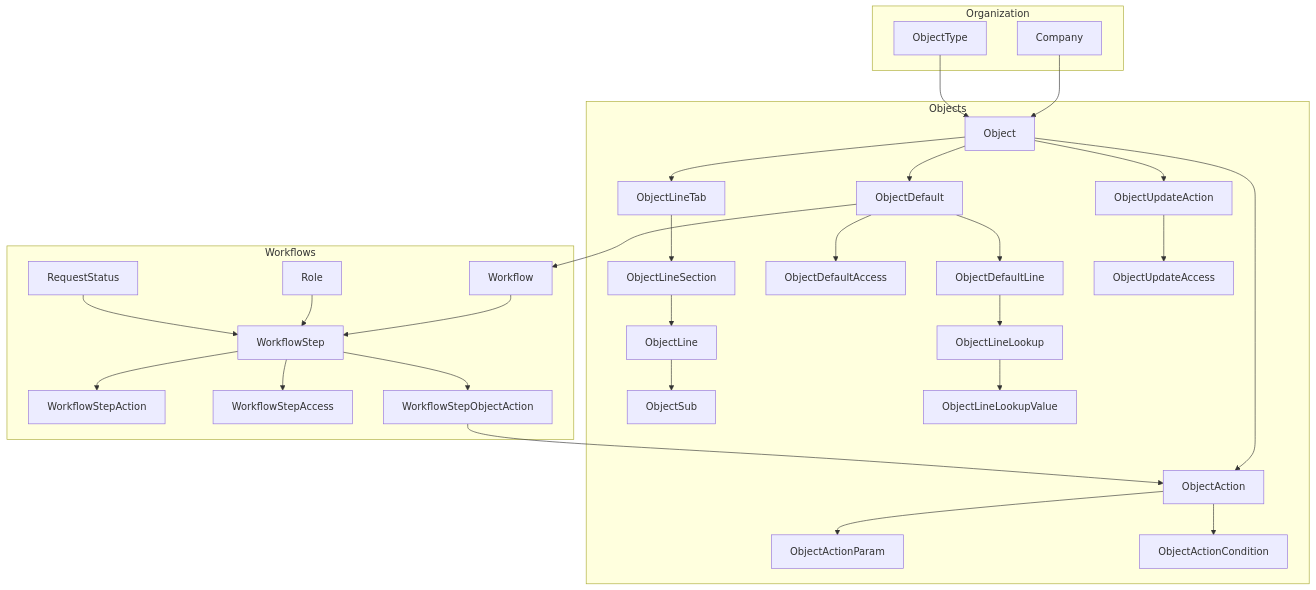
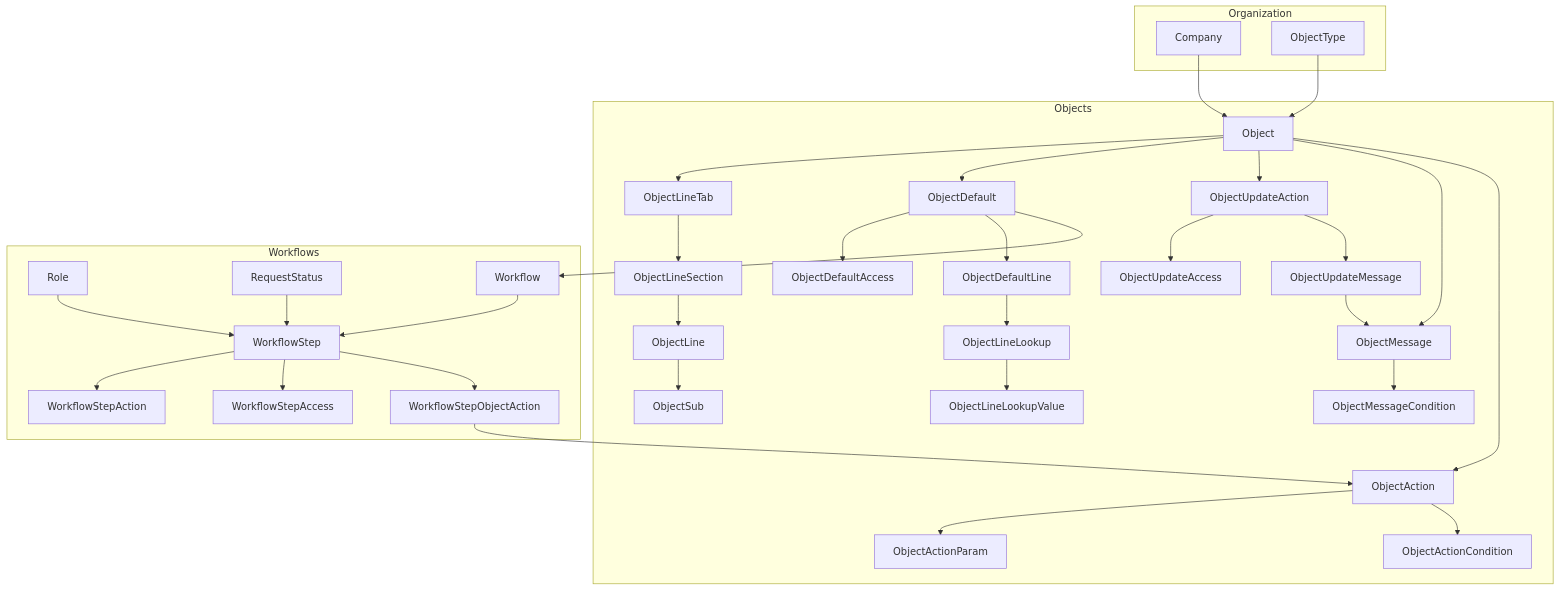
Before and after one commit to IntelStudios/xeelo-skills: the diagram in docs/01-entity-hierarchy.md, drawn with Mermaid. The commit also changed other lines of this file and 74 other files, not shown here.

Commit message:
GraphQL connection, publish loop, object messages, and tree icons

````diff
--- a/docs/01-entity-hierarchy.md
+++ b/docs/01-entity-hierarchy.md
@@ -5,39 +5,43 @@
 ```mermaid
 flowchart TB
   subgraph org [Organization]
     Company
     ObjectType
   end
   subgraph objects [Objects]
     Object
     Object --> ObjectLineTab
     ObjectLineTab --> ObjectLineSection
     ObjectLineSection --> ObjectLine
     ObjectLine --> ObjectSub
     Object --> ObjectDefault
     ObjectDefault --> ObjectDefaultAccess
     ObjectDefault --> ObjectDefaultLine
     Object --> ObjectUpdateAction
     ObjectUpdateAction --> ObjectUpdateAccess
+    ObjectUpdateAction --> ObjectUpdateMessage
+    Object --> ObjectMessage
+    ObjectMessage --> ObjectMessageCondition
+    ObjectUpdateMessage --> ObjectMessage
     Object --> ObjectAction
     ObjectAction --> ObjectActionParam
     ObjectAction --> ObjectActionCondition
     ObjectLineLookup --> ObjectLineLookupValue
     ObjectDefaultLine --> ObjectLineLookup
   end
   subgraph wf [Workflows]
     Role
     RequestStatus
     Workflow
     Workflow --> WorkflowStep
     WorkflowStep --> WorkflowStepAction
     WorkflowStep --> WorkflowStepAccess
     WorkflowStep --> WorkflowStepObjectAction
     WorkflowStepObjectAction --> ObjectAction
     ObjectDefault --> Workflow
   end
   Company --> Object
   ObjectType --> Object
   Role --> WorkflowStep
   RequestStatus --> WorkflowStep
 ```
````
